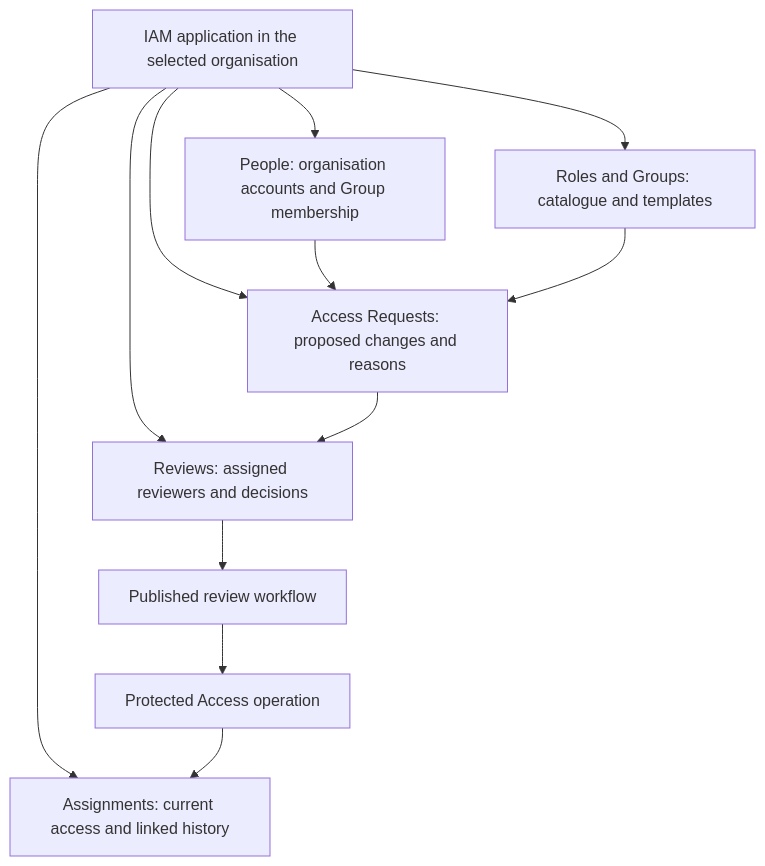
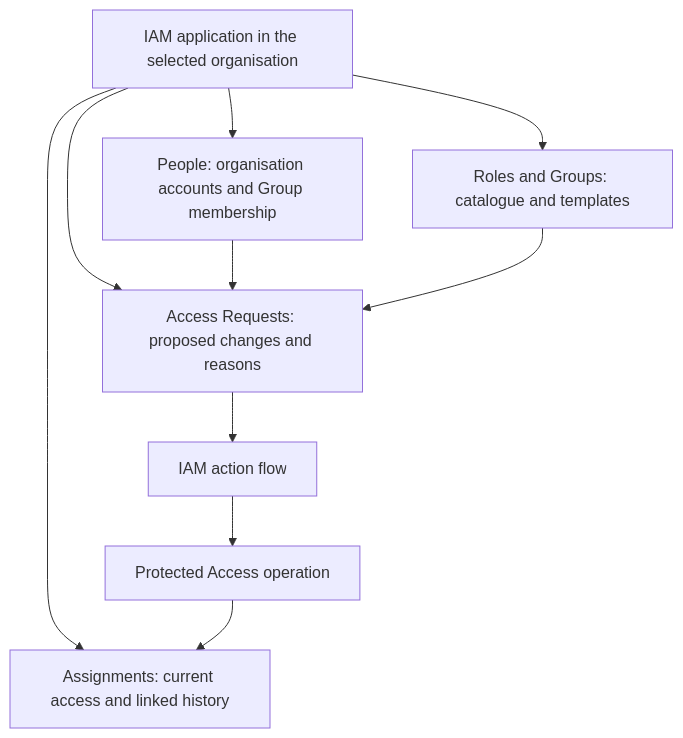
The first of 2 diagrams in docs/specification/appendices/iam-application.md (Abzum-NZ/Abzum-Vortex), drawn with Mermaid before and after one commit. The commit also changed other lines of this file and 50 other files, not shown here.

````diff
--- a/docs/specification/appendices/iam-application.md
+++ b/docs/specification/appendices/iam-application.md
@@ -15,15 +13,13 @@
 ```mermaid
 flowchart TB
     IAM[IAM application in the selected organisation]
     IAM --> PEOPLE[People: organisation accounts and Group membership]
     IAM --> ROLES[Roles and Groups: catalogue and templates]
     IAM --> REQUESTS[Access Requests: proposed changes and reasons]
-    IAM --> REVIEWS[Reviews: assigned reviewers and decisions]
     IAM --> ASSIGN[Assignments: current access and linked history]
-    REQUESTS --> REVIEWS
-    REVIEWS --> WORK[Published review workflow]
-    WORK --> OP[Protected Access operation]
+    REQUESTS --> ACTION[IAM action flow]
+    ACTION --> OP[Protected Access operation]
     OP --> ASSIGN
     PEOPLE --> REQUESTS
     ROLES --> REQUESTS
 ```
````
